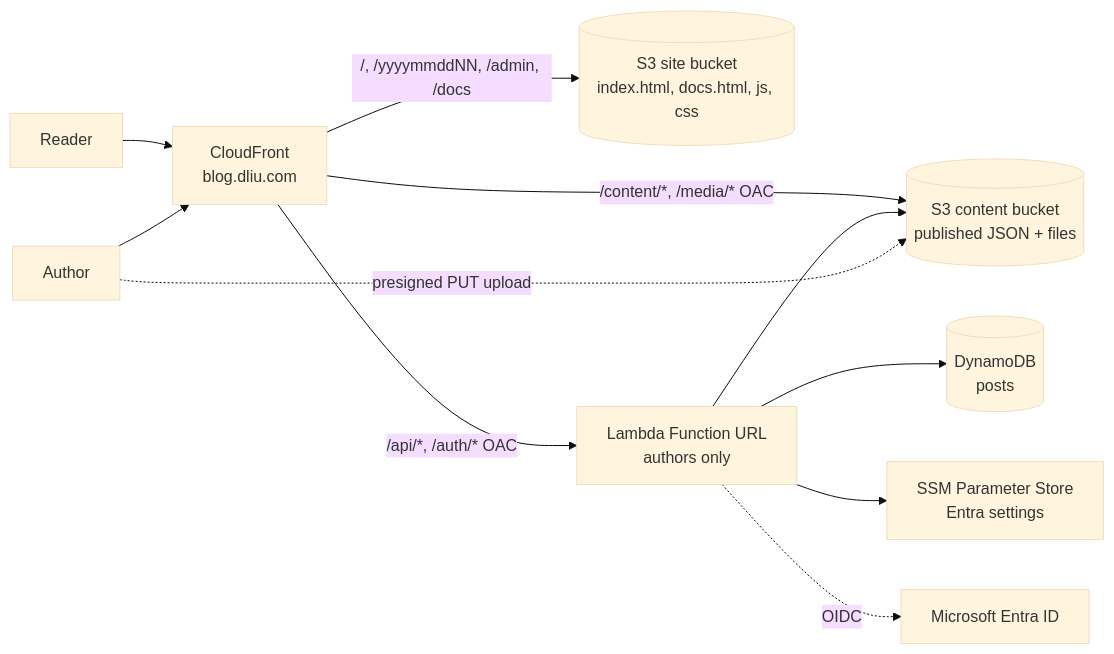
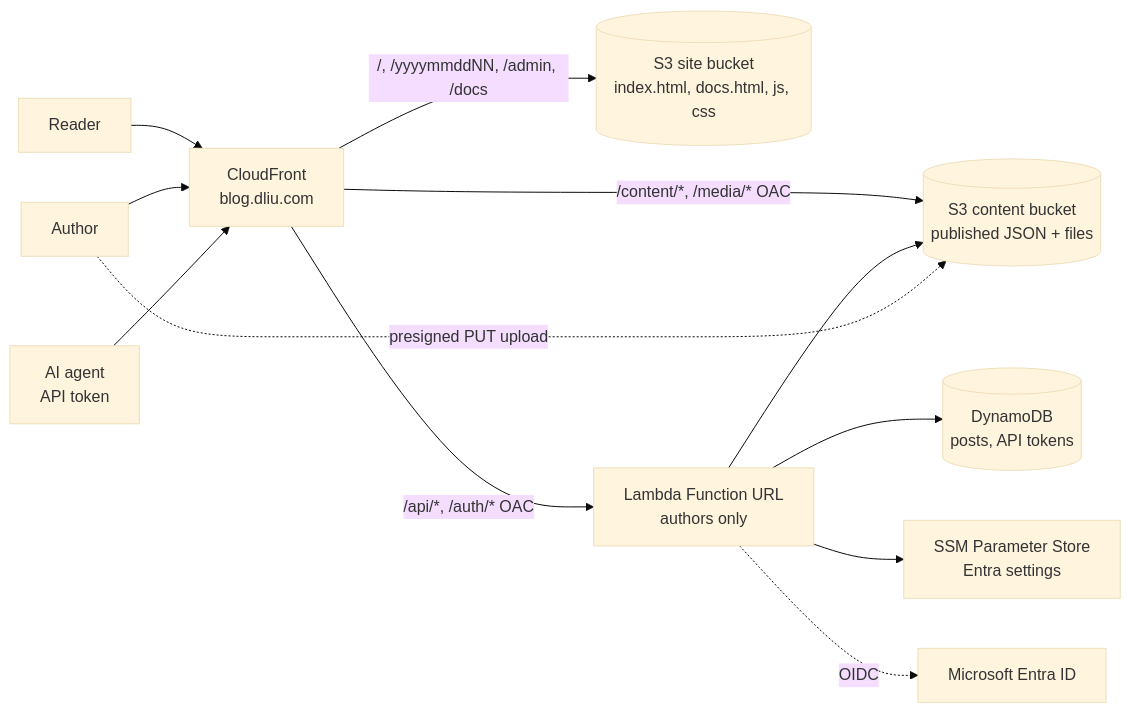
One commit to dliu-com/blog changed the diagram in README.md. Above: the diagram before and after it, drawn with Mermaid (base theme). The commit also changed other lines of this file and 18 other files, not shown here.

First line of the commit message:
Add API tokens for AI agents, agent API guide and threat model

````diff
--- a/README.md
+++ b/README.md
@@ -14,13 +14,14 @@
 ```mermaid
 flowchart LR
   R[Reader] --> CF[CloudFront<br/>blog.dliu.com]
   A[Author] --> CF
+  G[AI agent<br/>API token] --> CF
   CF -->|"/, /yyyymmddNN, /admin, /docs"| Site[(S3 site bucket<br/>index.html, docs.html, js, css)]
   CF -->|"/content/*, /media/*" OAC| Content[(S3 content bucket<br/>published JSON + files)]
   CF -->|"/api/*, /auth/*" OAC| L[Lambda Function URL<br/>authors only]
-  L --> DDB[(DynamoDB<br/>posts)]
+  L --> DDB[(DynamoDB<br/>posts, API tokens)]
   L --> Content
   L --> SSM[SSM Parameter Store<br/>Entra settings]
   A -. "presigned PUT upload" .-> Content
   L -. OIDC .-> Entra[Microsoft Entra ID]
 ```
````
